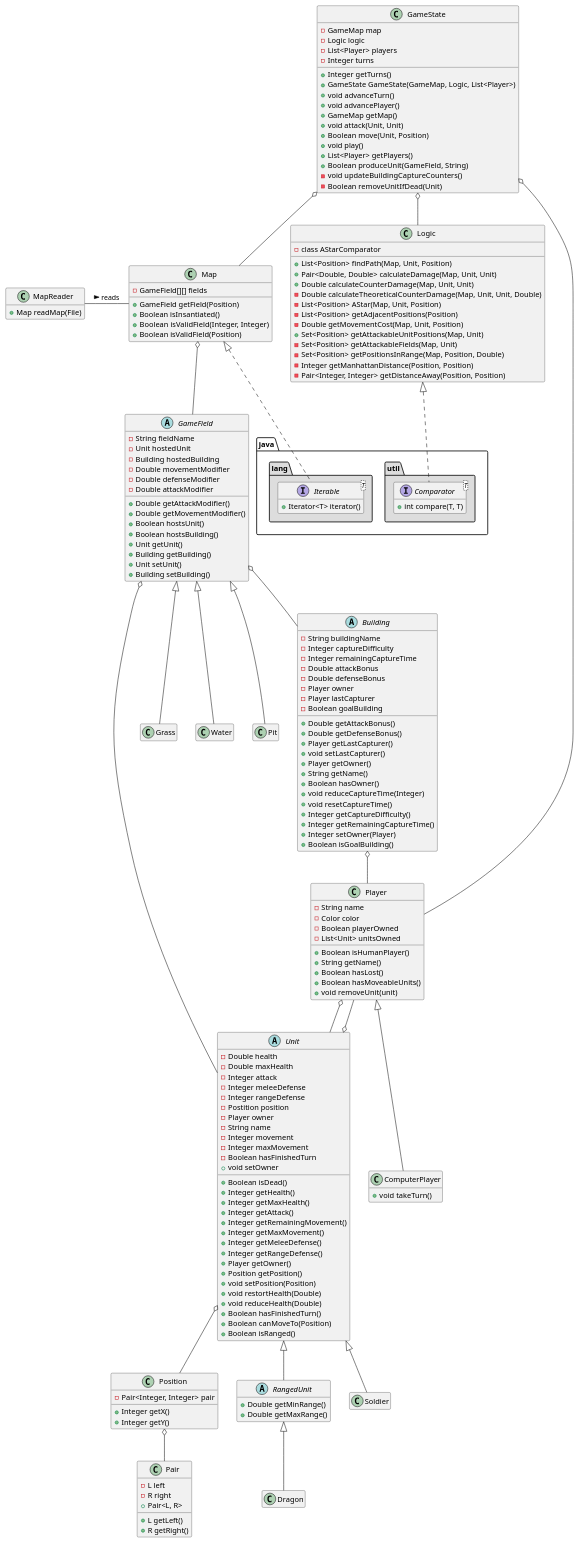
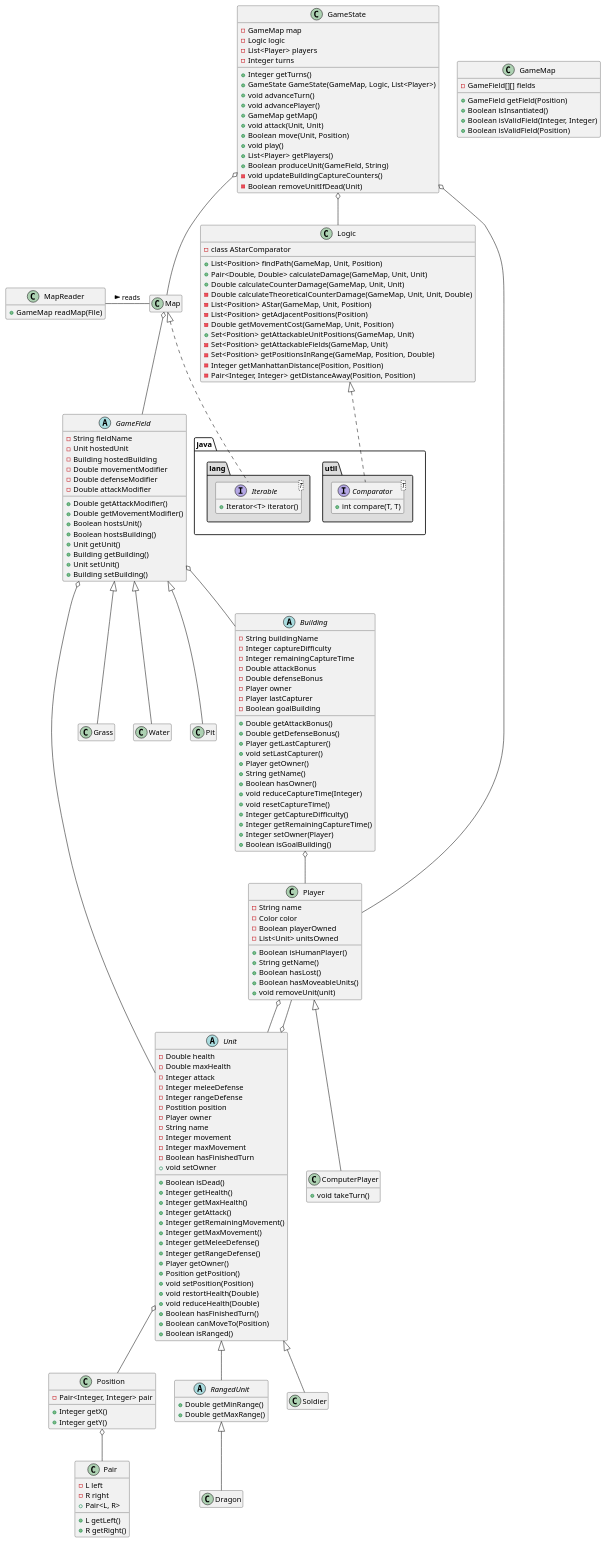
Before and after one commit to Fuuzetsu/dragon-wars: the diagram in doc/uml.plantuml, drawn with PlantUML.

Commit message:
update GameMap class name from the old `Map'

```diff
--- a/doc/uml.plantuml
+++ b/doc/uml.plantuml
@@ -42,7 +42,7 @@
       
 }
 
-class Map {
+class GameMap {
       -GameField[][] fields
       +GameField getField(Position)
       +Boolean isInsantiated()
@@ -70,7 +70,7 @@
 }
 
 class MapReader {
-      +Map readMap(File)
+      +GameMap readMap(File)
 }
 
 class Pair {
@@ -113,17 +113,17 @@
 }
 
 class Logic {
-      +List<Position> findPath(Map, Unit, Position)
-      +Pair<Double, Double> calculateDamage(Map, Unit, Unit)
-      +Double calculateCounterDamage(Map, Unit, Unit)
-      -Double calculateTheoreticalCounterDamage(Map, Unit, Unit, Double)
-      -List<Position> AStar(Map, Unit, Position)
+      +List<Position> findPath(GameMap, Unit, Position)
+      +Pair<Double, Double> calculateDamage(GameMap, Unit, Unit)
+      +Double calculateCounterDamage(GameMap, Unit, Unit)
+      -Double calculateTheoreticalCounterDamage(GameMap, Unit, Unit, Double)
+      -List<Position> AStar(GameMap, Unit, Position)
       -List<Position> getAdjacentPositions(Position)
       -class AStarComparator
-      -Double getMovementCost(Map, Unit, Position)
-      +Set<Position> getAttackableUnitPositions(Map, Unit)
-      -Set<Position> getAttackableFields(Map, Unit)
-      -Set<Position> getPositionsInRange(Map, Position, Double)
+      -Double getMovementCost(GameMap, Unit, Position)
+      +Set<Position> getAttackableUnitPositions(GameMap, Unit)
+      -Set<Position> getAttackableFields(GameMap, Unit)
+      -Set<Position> getPositionsInRange(GameMap, Position, Double)
       -Integer getManhattanDistance(Position, Position)
       -Pair<Integer, Integer> getDistanceAway(Position, Position)
       
```
